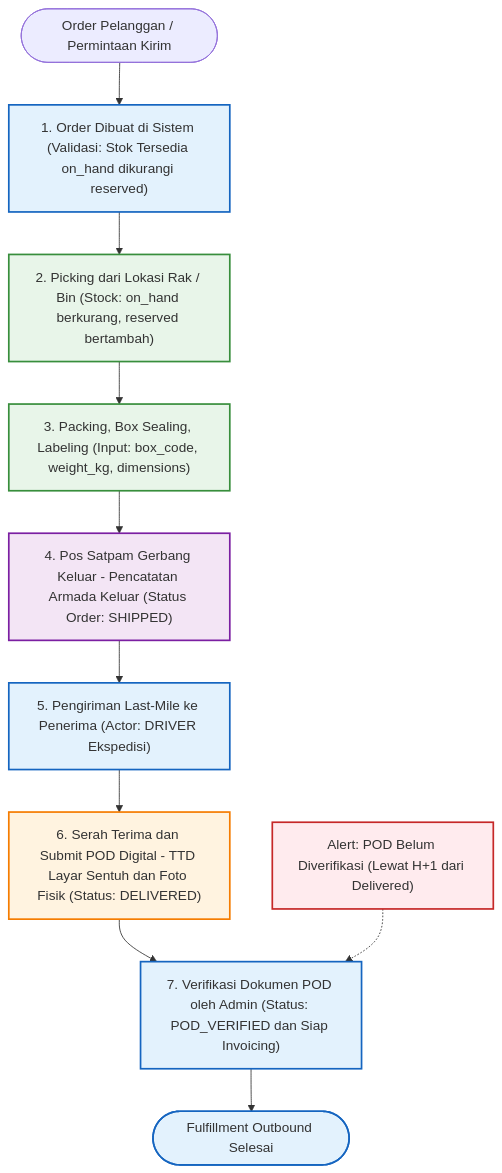
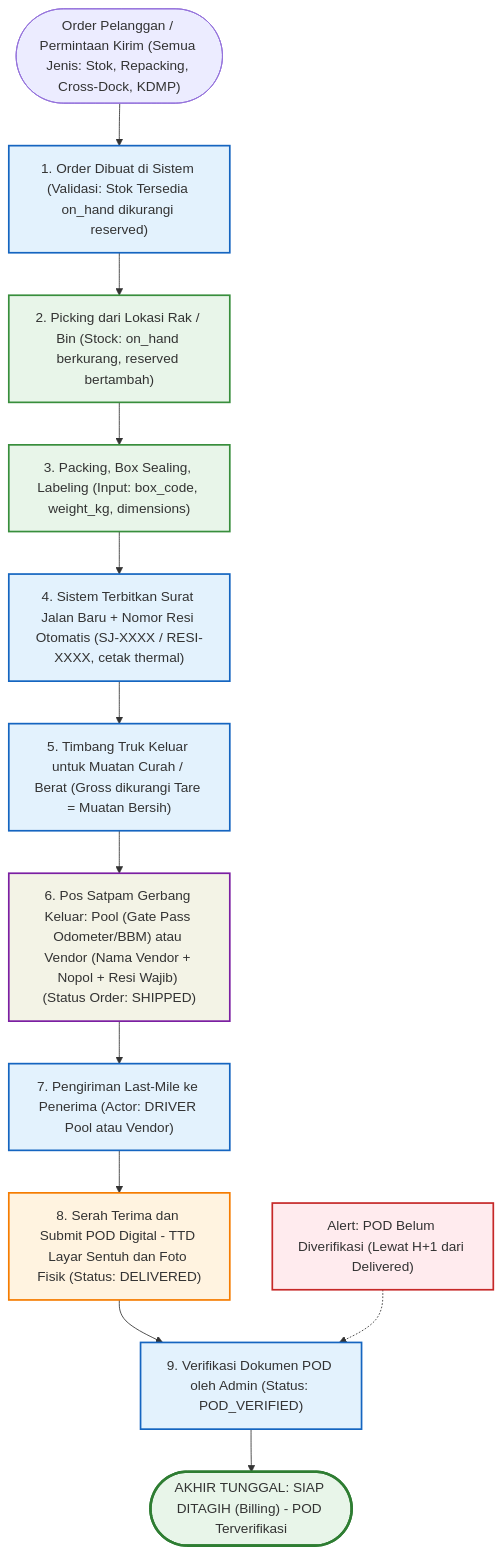
Before and after one commit to innaka-tech/wms-simple: the first of 2 diagrams in docs/06_Outbound_and_POD_Flows.md, drawn with Mermaid. The commit also changed other lines of this file and 12 other files, not shown here.

First line of the commit message:
docs(flow): v3.0.0 universal waybill issuance & dual gate-out (ADR-11)

````diff
--- a/docs/06_Outbound_and_POD_Flows.md
+++ b/docs/06_Outbound_and_POD_Flows.md
@@ -12,27 +22,33 @@
 ```mermaid
 flowchart TD
     classDef action fill:#e3f2fd,stroke:#1565c0,stroke-width:2px;
     classDef staff fill:#e8f5e9,stroke:#388e3c,stroke-width:2px;
-    classDef gate fill:#f3e5f5,stroke:#7b1fa2,stroke-width:2px;
+    classDef gate fill:#f3f3e5f5,stroke:#7b1fa2,stroke-width:2px;
     classDef pod fill:#fff3e0,stroke:#f57c00,stroke-width:2px;
     classDef alert fill:#ffebee,stroke:#c62828,stroke-width:2px;
+    classDef waybill fill:#e3f2fd,stroke:#1565c0,stroke-width:2px;
+    classDef finalNode fill:#e8f5e9,stroke:#2e7d32,stroke-width:3px;
 
-    REQ(["Order Pelanggan / Permintaan Kirim"]) --> STEP1["1. Order Dibuat di Sistem (Validasi: Stok Tersedia on_hand dikurangi reserved)"]:::action
+    REQ(["Order Pelanggan / Permintaan Kirim (Semua Jenis: Stok, Repacking, Cross-Dock, KDMP)"]) --> STEP1["1. Order Dibuat di Sistem (Validasi: Stok Tersedia on_hand dikurangi reserved)"]:::action
 
     STEP1 --> STEP2["2. Picking dari Lokasi Rak / Bin (Stock: on_hand berkurang, reserved bertambah)"]:::staff
 
     STEP2 --> STEP3["3. Packing, Box Sealing, Labeling (Input: box_code, weight_kg, dimensions)"]:::staff
 
-    STEP3 --> STEP4["4. Pos Satpam Gerbang Keluar - Pencatatan Armada Keluar (Status Order: SHIPPED)"]:::gate
+    STEP3 --> STEP4["4. Sistem Terbitkan Surat Jalan Baru + Nomor Resi Otomatis (SJ-XXXX / RESI-XXXX, cetak thermal)"]:::waybill
 
-    STEP4 --> STEP5["5. Pengiriman Last-Mile ke Penerima (Actor: DRIVER Ekspedisi)"]:::action
+    STEP4 --> WB_OUT["5. Timbang Truk Keluar untuk Muatan Curah / Berat (Gross dikurangi Tare = Muatan Bersih)"]:::action
 
-    STEP5 --> STEP6["6. Serah Terima dan Submit POD Digital - TTD Layar Sentuh dan Foto Fisik (Status: DELIVERED)"]:::pod
+    WB_OUT --> STEP6["6. Pos Satpam Gerbang Keluar: Pool (Gate Pass Odometer/BBM) atau Vendor (Nama Vendor + Nopol + Resi Wajib) (Status Order: SHIPPED)"]:::gate
 
-    STEP6 --> STEP7["7. Verifikasi Dokumen POD oleh Admin (Status: POD_VERIFIED dan Siap Invoicing)"]:::action
+    STEP6 --> STEP7["7. Pengiriman Last-Mile ke Penerima (Actor: DRIVER Pool atau Vendor)"]:::action
 
-    STEP7 --> COMPLETED(["Fulfillment Outbound Selesai"]):::action
+    STEP7 --> STEP8["8. Serah Terima dan Submit POD Digital - TTD Layar Sentuh dan Foto Fisik (Status: DELIVERED)"]:::pod
+
+    STEP8 --> STEP9["9. Verifikasi Dokumen POD oleh Admin (Status: POD_VERIFIED)"]:::action
+
+    STEP9 --> COMPLETED(["AKHIR TUNGGAL: SIAP DITAGIH (Billing) - POD Terverifikasi"]):::finalNode
 
     %% SLA Alert
-    ALERT_SLA["Alert: POD Belum Diverifikasi (Lewat H+1 dari Delivered)"]:::alert -.-> STEP7
+    ALERT_SLA["Alert: POD Belum Diverifikasi (Lewat H+1 dari Delivered)"]:::alert -.-> STEP9
 ```
````
